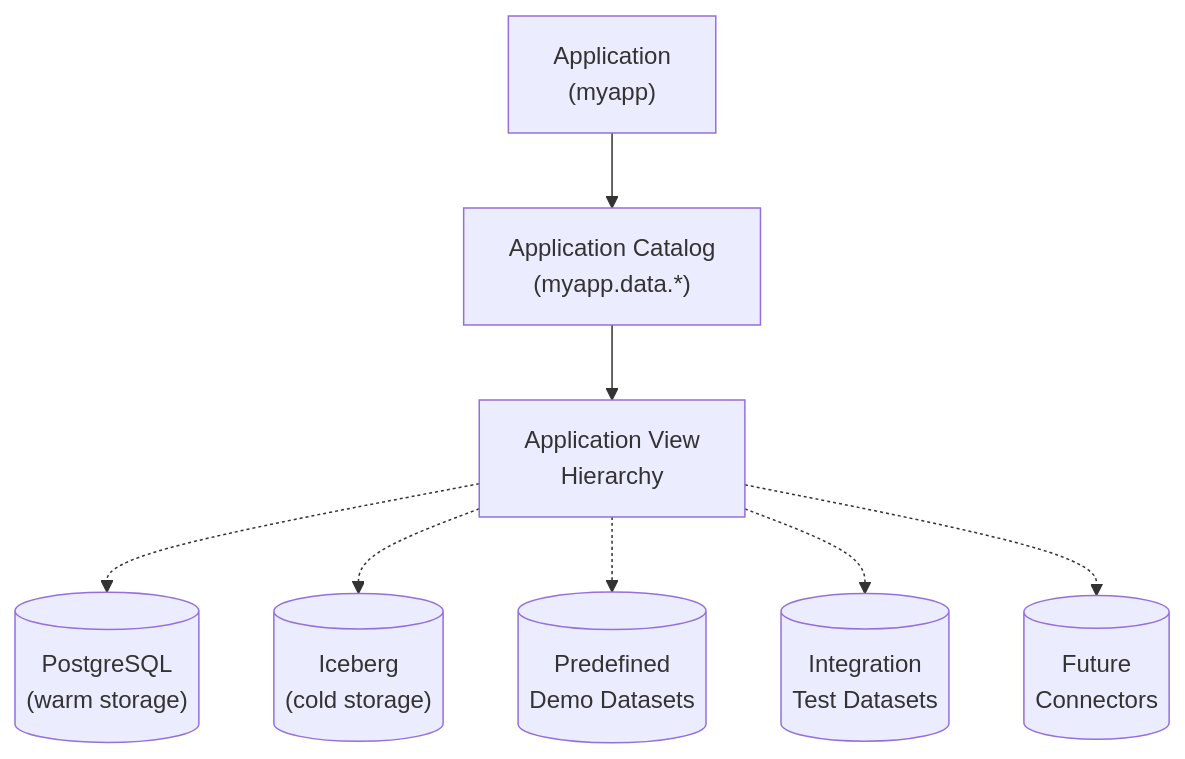
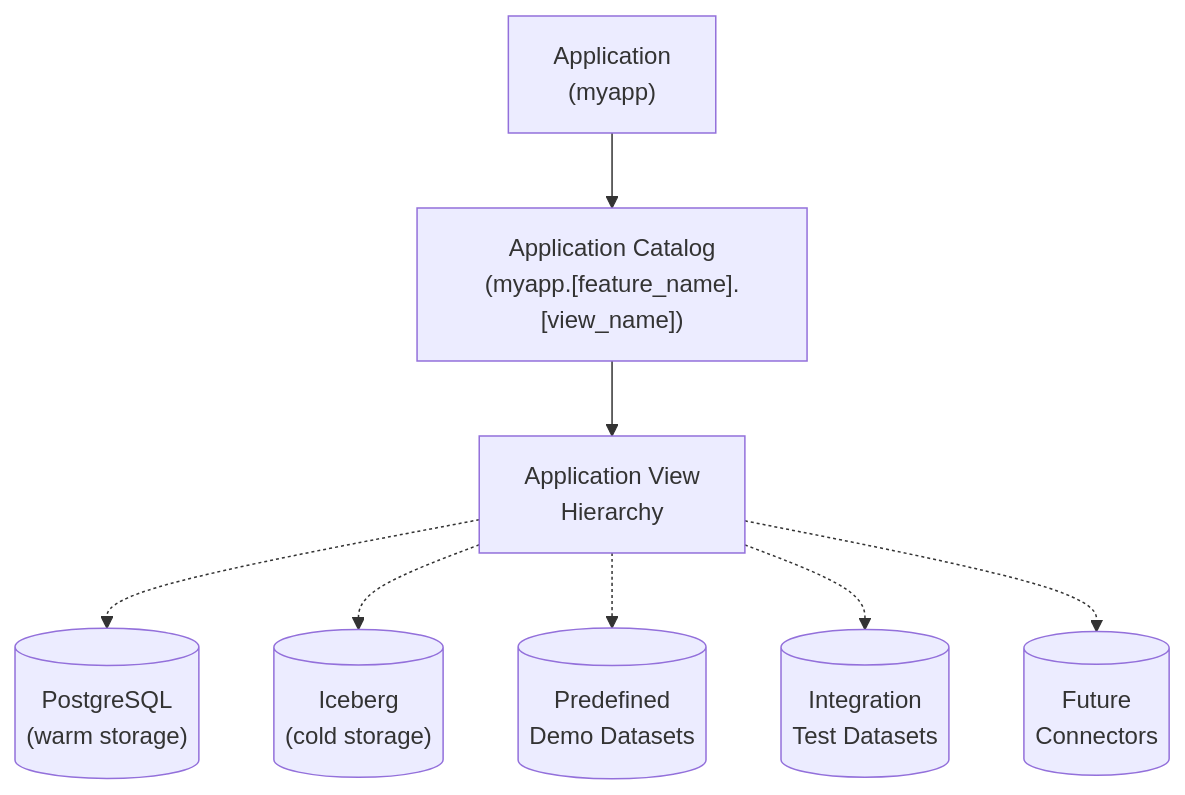
Before and after one commit to robfromboulder/virtual-view-manifesto: the second of 9 diagrams in README.md, drawn with Mermaid. The commit also changed other lines of this file and 2 other files, not shown here.

Commit message:
Improve examples and diagrams

````diff
--- a/README.md
+++ b/README.md
@@ -138,10 +138,10 @@
 ```mermaid
 flowchart TD
-    App["Application<br/>(myapp)"] --> AppCatalog["Application Catalog<br/>(myapp.data.*)"]
+    App["Application<br/>(myapp)"] --> AppCatalog["Application Catalog<br/>(myapp.[feature_name].[view_name])"]
     AppCatalog --> Views["Application View<br/>Hierarchy"]
     Views -.-> PG[("PostgreSQL<br/>(warm storage)")]
     Views -.-> Ice[("Iceberg<br/>(cold storage)")]
     Views -.-> Demo[("Predefined<br/>Demo Datasets")]
     Views -.-> Test[("Integration<br/>Test Datasets")]
     Views -.-> Future[("Future<br/>Connectors")]
 ```
````
